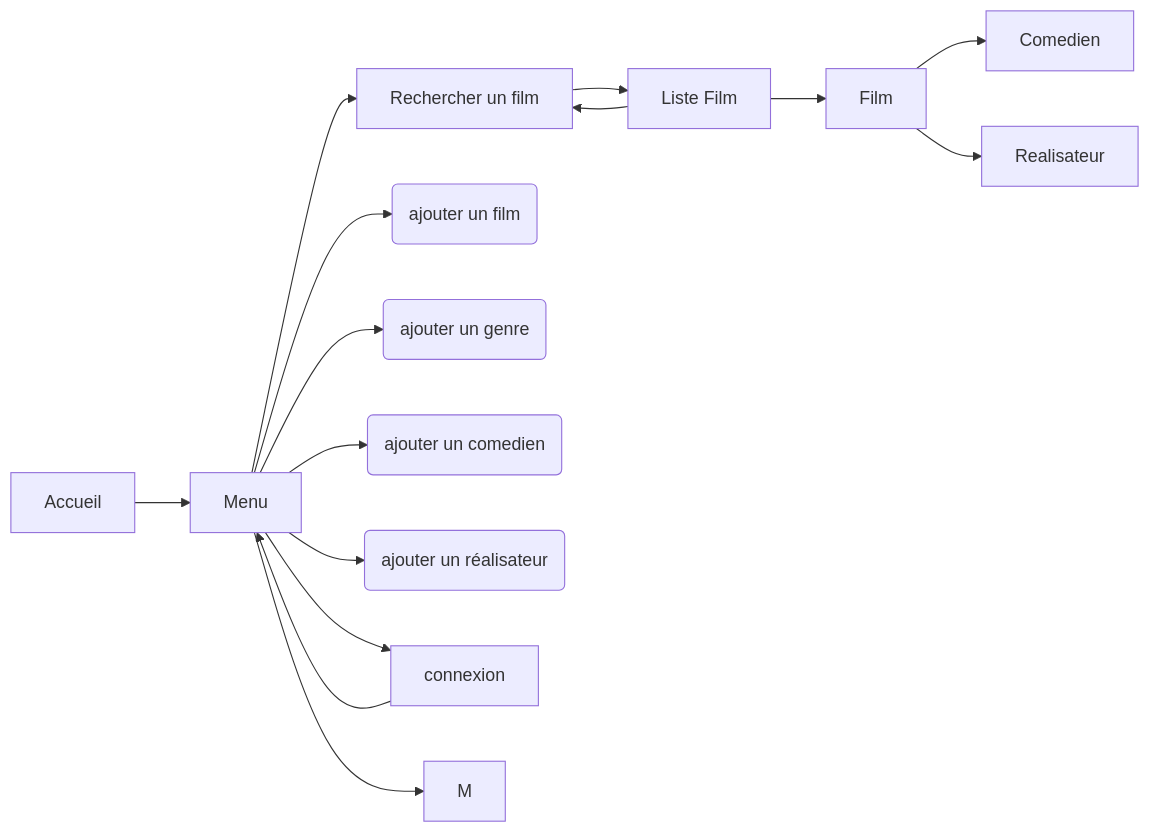
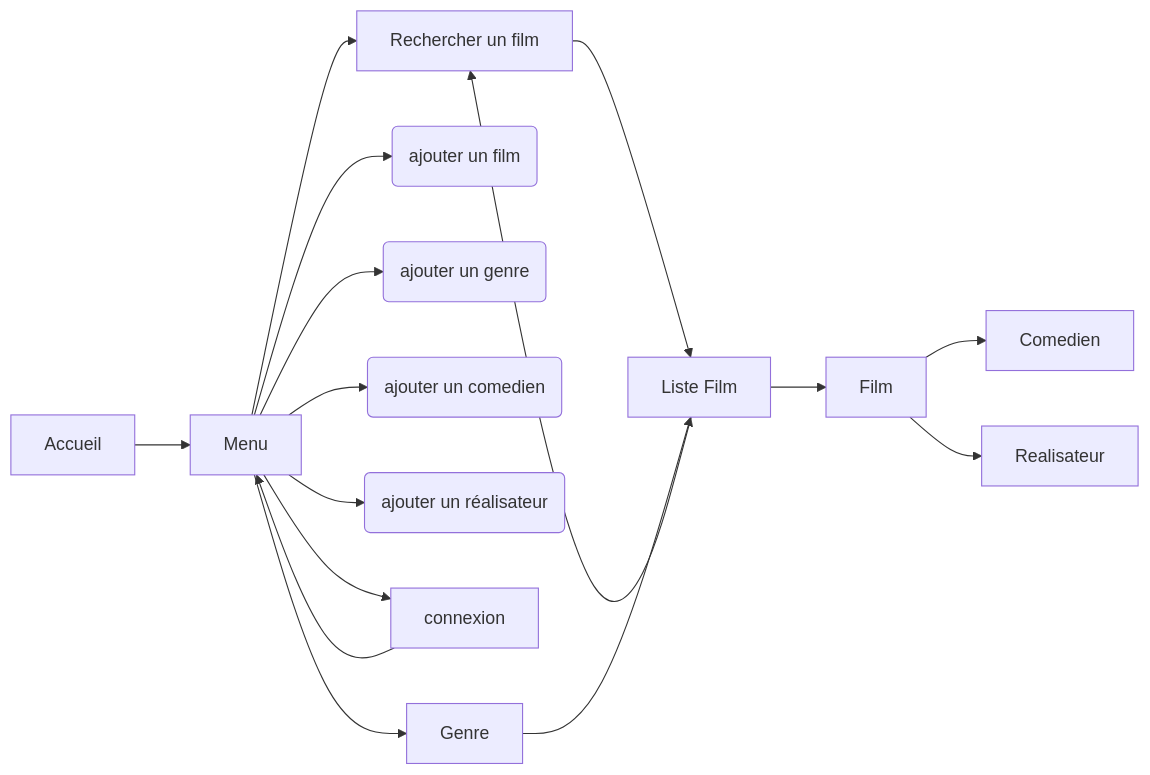
Before and after one commit to Remynder0/cours_BUT_24-25: the first of 3 diagrams in README.md, drawn with Mermaid. The commit also changed other lines of this file, not shown here.

````diff
--- a/README.md
+++ b/README.md
@@ -120,31 +120,31 @@
 ```mermaid
 graph LR
 
 A[Accueil]
 B[Film]
 C[Rechercher un film]
 D[Liste Film] 
 E[Menu]
 J[Comedien]
 F(ajouter un film)
 G(ajouter un genre) 
 H(ajouter un comedien) 
 I(ajouter un réalisateur)
 K[connexion]
 L[Realisateur]
+M[Genre]
 
 A --> E --> C --> D --> B --> J
 B --> L
 D --> C
 E --> F
 E --> G
 E --> H
 E --> I
-E --> K
-E --> M 
-K --> E
+E --> K --> E
+E --> M --> D
 
 
 
 
 ```
````
